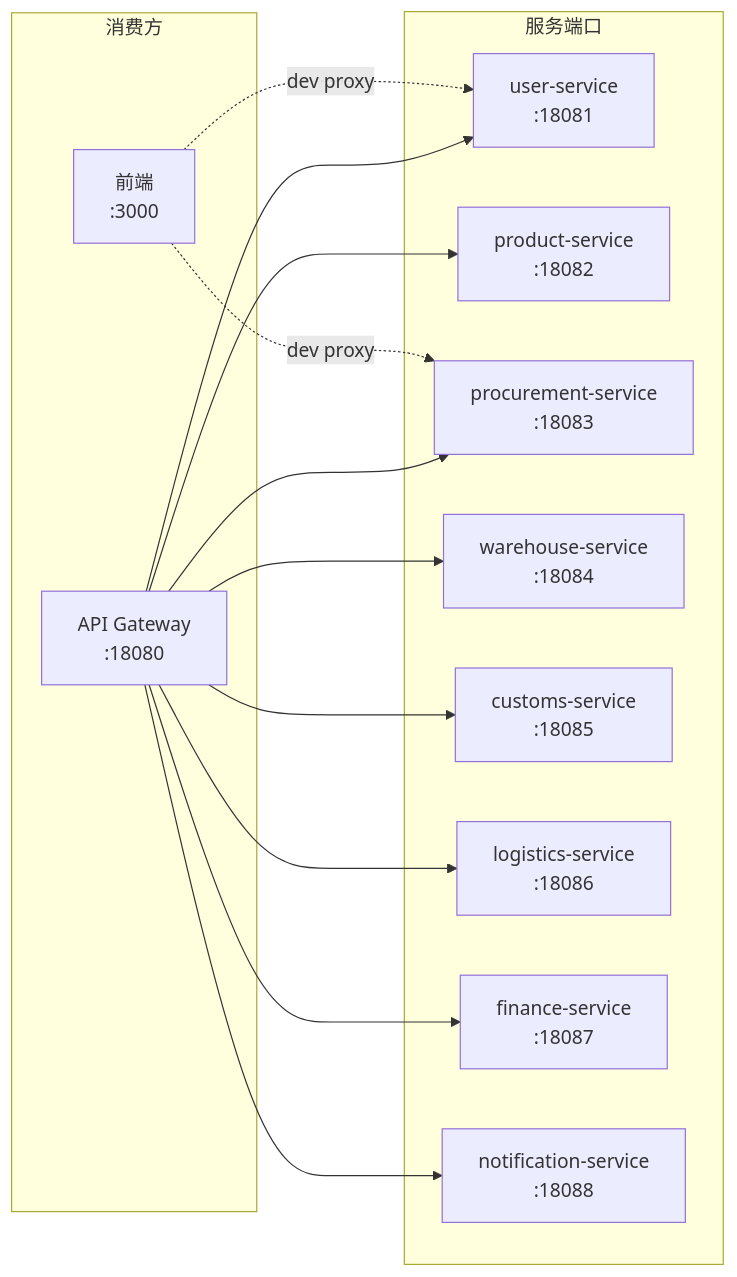
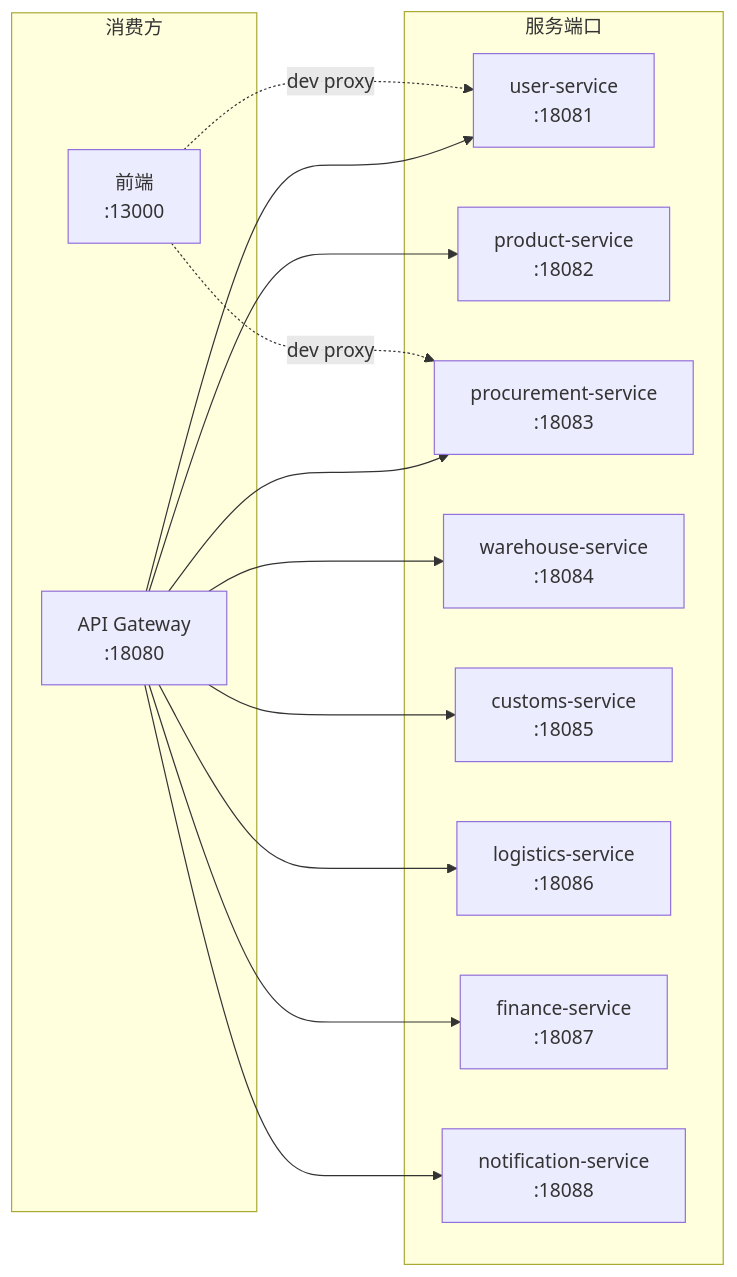
Before and after one commit to jieraltjp/ManpouChinaSystem: the fourth of 6 diagrams in docs/ui/ARCHITECTURE.md, drawn with Mermaid. The commit also changed other lines of this file and 16 other files, not shown here.

````diff
--- a/docs/ui/ARCHITECTURE.md
+++ b/docs/ui/ARCHITECTURE.md
@@ -130,30 +130,30 @@
 ```mermaid
 graph LR
     subgraph Ports["服务端口"]
         P81["user-service\n:18081"]
         P82["product-service\n:18082"]
         P83["procurement-service\n:18083"]
         P84["warehouse-service\n:18084"]
         P85["customs-service\n:18085"]
         P86["logistics-service\n:18086"]
         P87["finance-service\n:18087"]
         P88["notification-service\n:18088"]
     end
 
     subgraph Clients["消费方"]
         GW["API Gateway\n:18080"]
-        WEB["前端\n:3000"]
+        WEB["前端\n:13000"]
     end
 
     GW --> P81
     GW --> P82
     GW --> P83
     GW --> P84
     GW --> P85
     GW --> P86
     GW --> P87
     GW --> P88
 
     WEB -.->|"dev proxy"| P81
     WEB -.->|"dev proxy"| P83
 ```
````
